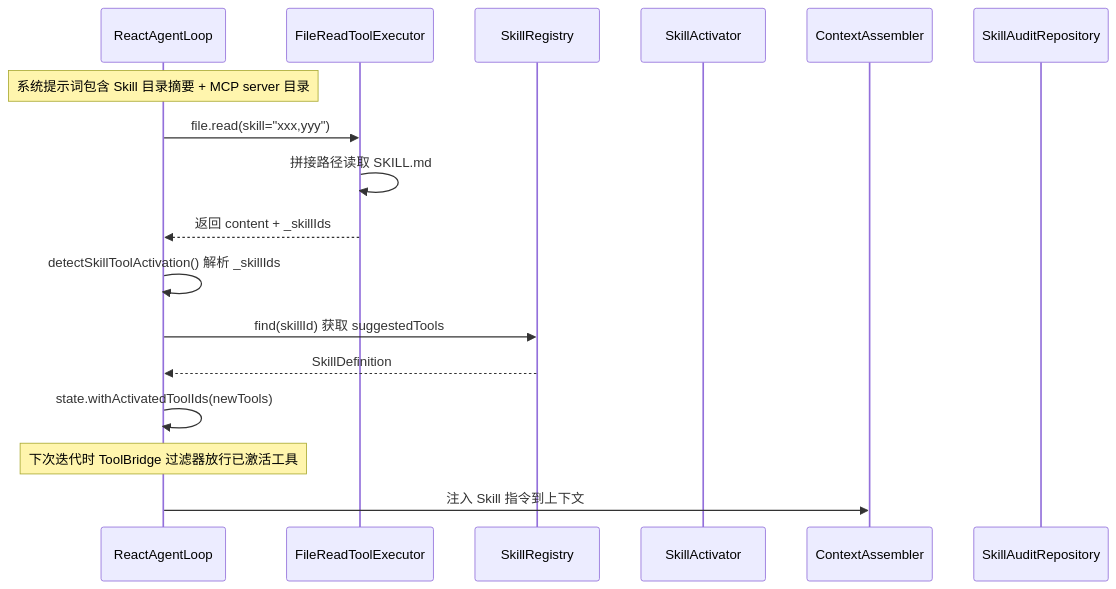
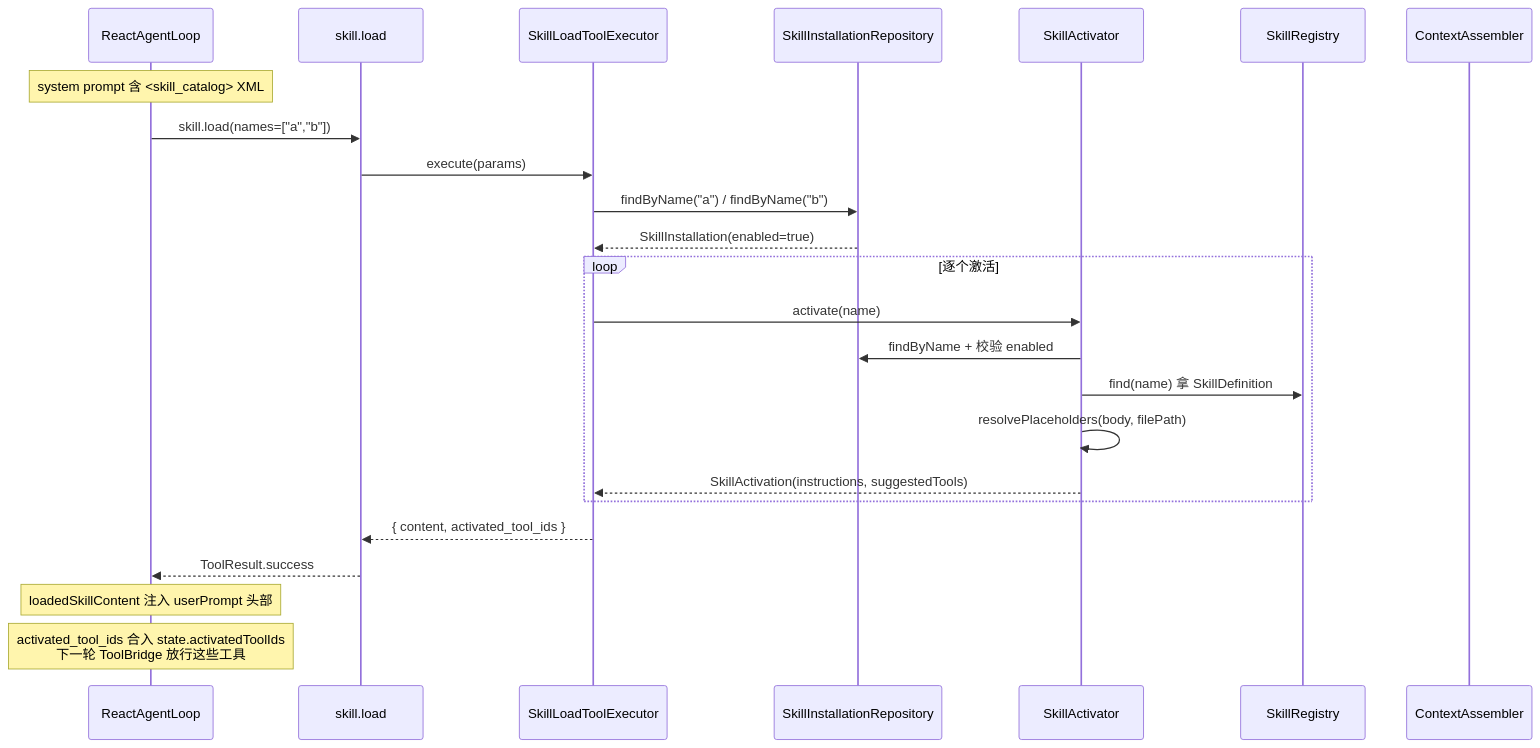
The second of 5 diagrams in docs/architecture/skill-system.md (ntygod/LifePilot), drawn with Mermaid before and after one commit. The commit also changed other lines of this file and 263 other files, not shown here.

````diff
--- a/docs/architecture/skill-system.md
+++ b/docs/architecture/skill-system.md
@@ -161,20 +265,27 @@
 ```mermaid
 sequenceDiagram
     participant Agent as ReactAgentLoop
-    participant FR as FileReadToolExecutor
-    participant SR as SkillRegistry
-    participant SA as SkillActivator
+    participant Tool as skill.load
+    participant Exec as SkillLoadToolExecutor
+    participant Repo as SkillInstallationRepository
+    participant Act as SkillActivator
+    participant Reg as SkillRegistry
     participant CA as ContextAssembler
-    participant Audit as SkillAuditRepository
 
-    Note over Agent: 系统提示词包含 Skill 目录摘要 + MCP server 目录
-    Agent->>FR: file.read(skill="xxx,yyy")
-    FR->>FR: 拼接路径读取 SKILL.md
-    FR-->>Agent: 返回 content + _skillIds
-    Agent->>Agent: detectSkillToolActivation() 解析 _skillIds
-    Agent->>SR: find(skillId) 获取 suggestedTools
-    SR-->>Agent: SkillDefinition
-    Agent->>Agent: state.withActivatedToolIds(newTools)
-    Note over Agent: 下次迭代时 ToolBridge 过滤器放行已激活工具
-    Agent->>CA: 注入 Skill 指令到上下文
+    Note over Agent: system prompt 含 <skill_catalog> XML
+    Agent->>Tool: skill.load(names=["a","b"])
+    Tool->>Exec: execute(params)
+    Exec->>Repo: findByName("a") / findByName("b")
+    Repo-->>Exec: SkillInstallation(enabled=true)
+    loop 逐个激活
+        Exec->>Act: activate(name)
+        Act->>Repo: findByName + 校验 enabled
+        Act->>Reg: find(name) 拿 SkillDefinition
+        Act->>Act: resolvePlaceholders(body, filePath)
+        Act-->>Exec: SkillActivation(instructions, suggestedTools)
+    end
+    Exec-->>Tool: { content, activated_tool_ids }
+    Tool-->>Agent: ToolResult.success
+    Note over Agent: loadedSkillContent 注入 userPrompt 头部
+    Note over Agent: activated_tool_ids 合入 state.activatedToolIds<br/>下一轮 ToolBridge 放行这些工具
 ```
````
